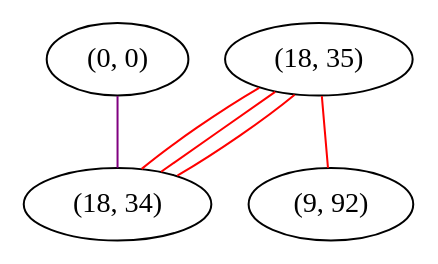
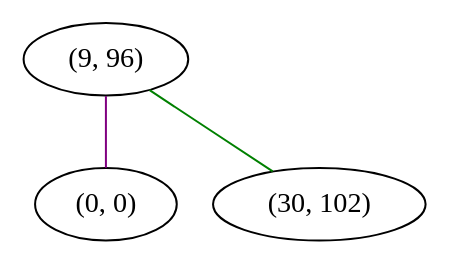
One commit to FelixMcFelix/sip-for-cv-paper changed the diagram in graphviz/hwrt/r-9/train/1194.gv. Above: the diagram before and after it, drawn with Graphviz. The commit also changed 22572 other files, not shown here.

Commit message:
Report changes, more graphs

```diff
--- a/graphviz/hwrt/r-9/train/1194.gv
+++ b/graphviz/hwrt/r-9/train/1194.gv
@@ -1,11 +1,7 @@
 graph "" {
+"(9, 96)";
 "(0, 0)";
-"(18, 35)";
-"(9, 92)";
-"(18, 34)";
-"(0, 0)" -- "(18, 34)"  [color=purple, key=0, weight=4];
-"(18, 35)" -- "(9, 92)"  [color=red, key=0, weight=1];
-"(18, 35)" -- "(18, 34)"  [color=red, key=0, weight=1];
-"(18, 35)" -- "(18, 34)"  [color=red, key=1, weight=1];
-"(18, 35)" -- "(18, 34)"  [color=red, key=2, weight=1];
+"(30, 102)";
+"(9, 96)" -- "(0, 0)"  [color=purple, key=0, weight=4];
+"(9, 96)" -- "(30, 102)"  [color=green, key=0, weight=2];
 }
```
